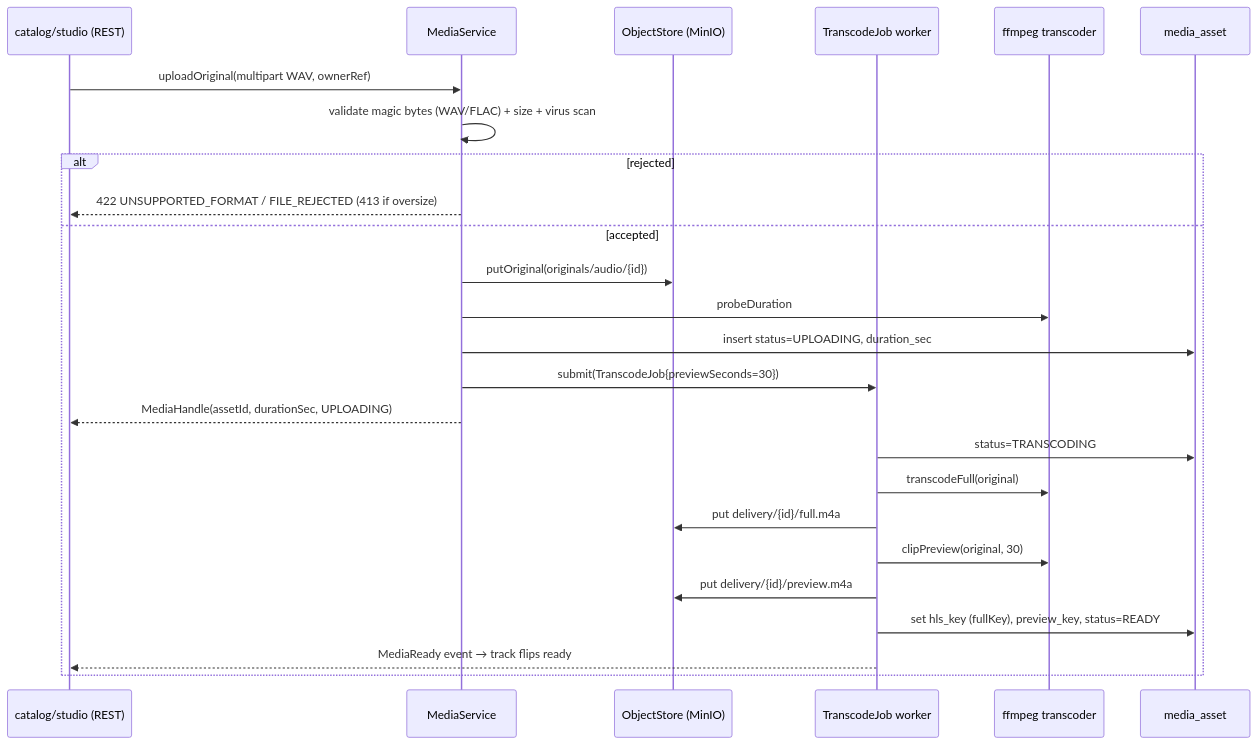
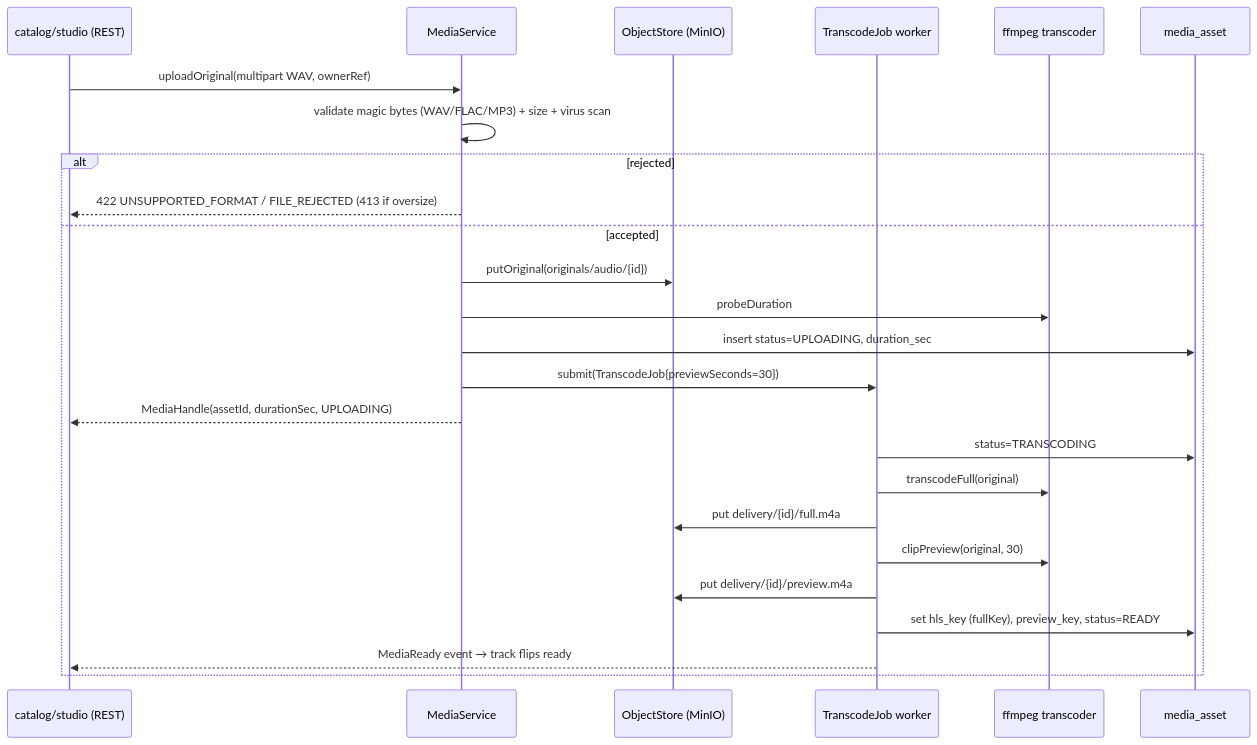
One commit to Shakvilla/beatzmedia changed the third of 5 diagrams in backend/docs/architecture/media.md. Above: the diagram before and after it, drawn with Mermaid. The commit also changed other lines of this file and 11 other files, not shown here.

````diff
--- a/backend/docs/architecture/media.md
+++ b/backend/docs/architecture/media.md
@@ -362,27 +362,27 @@
 ```mermaid
 sequenceDiagram
   participant Studio as catalog/studio (REST)
   participant Svc as MediaService
   participant Store as ObjectStore (MinIO)
   participant Job as TranscodeJob worker
   participant FF as ffmpeg transcoder
   participant DB as media_asset
   Studio->>Svc: uploadOriginal(multipart WAV, ownerRef)
-  Svc->>Svc: validate magic bytes (WAV/FLAC) + size + virus scan
+  Svc->>Svc: validate magic bytes (WAV/FLAC/MP3) + size + virus scan
   alt rejected
     Svc-->>Studio: 422 UNSUPPORTED_FORMAT / FILE_REJECTED  (413 if oversize)
   else accepted
     Svc->>Store: putOriginal(originals/audio/{id})
     Svc->>FF: probeDuration
     Svc->>DB: insert status=UPLOADING, duration_sec
     Svc->>Job: submit(TranscodeJob{previewSeconds=30})
     Svc-->>Studio: MediaHandle(assetId, durationSec, UPLOADING)
     Job->>DB: status=TRANSCODING
     Job->>FF: transcodeFull(original)
     Job->>Store: put delivery/{id}/full.m4a
     Job->>FF: clipPreview(original, 30)
     Job->>Store: put delivery/{id}/preview.m4a
     Job->>DB: set hls_key (fullKey), preview_key, status=READY
     Job-->>Studio: MediaReady event → track flips ready
   end
 ```
````
